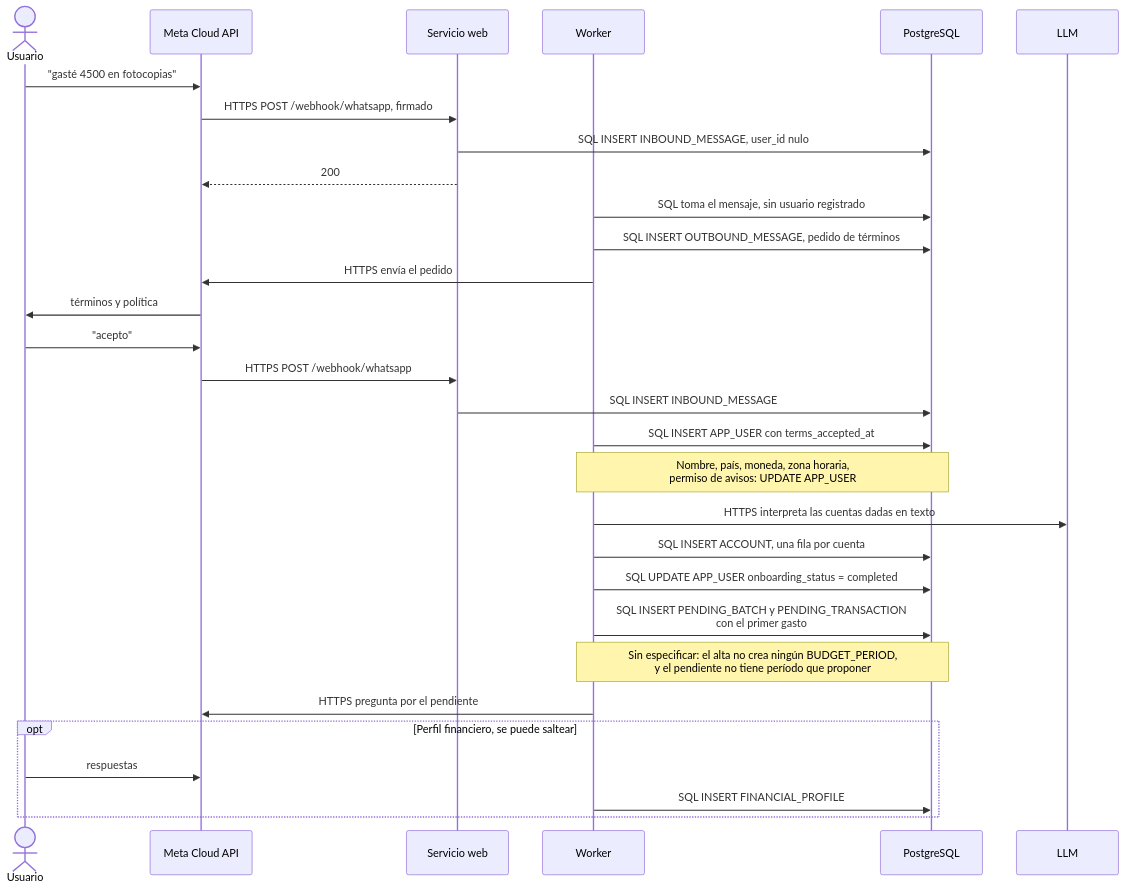
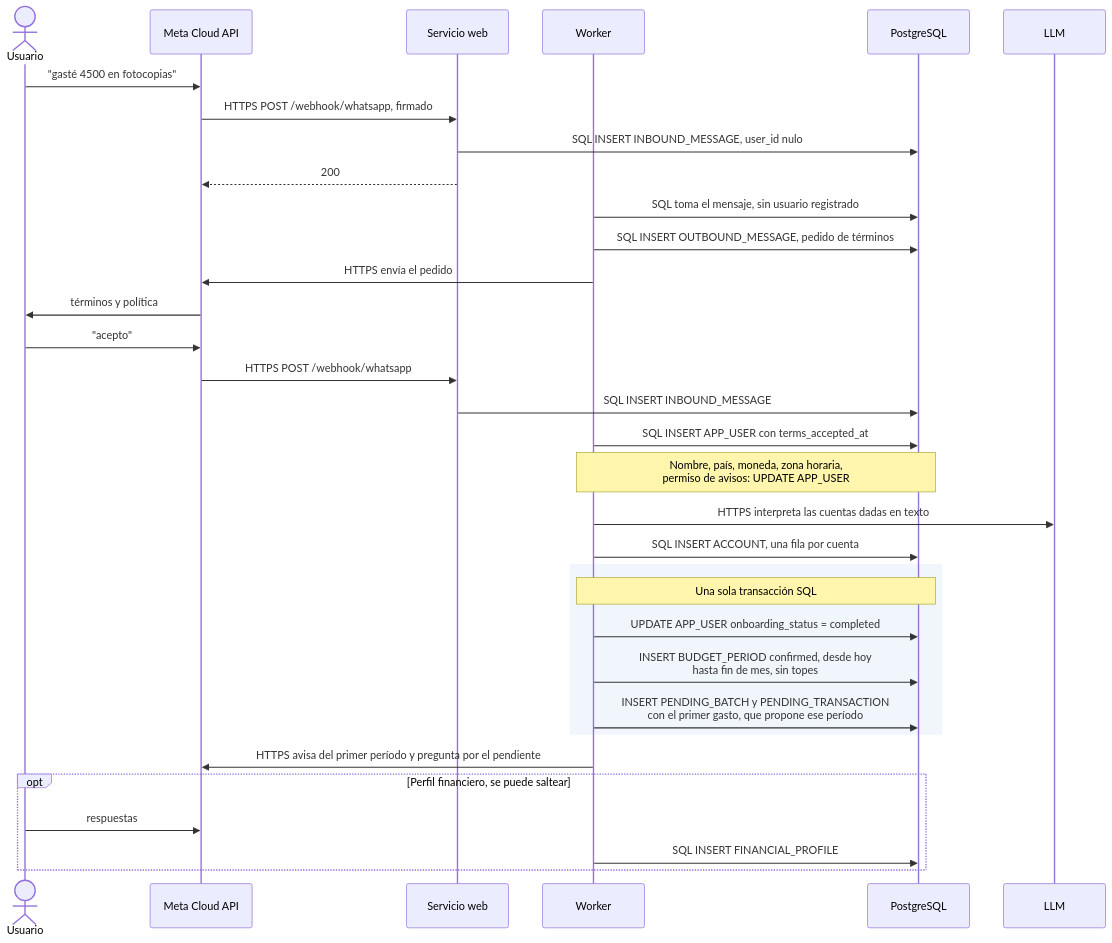
One commit to verozacarias-prog/AI4Devs-finalproject changed the second of 9 diagrams in docs/recorrido-completo.md. Above: the diagram before and after it, drawn with Mermaid. The commit also changed other lines of this file and 5 other files, not shown here.

First line of the commit message:
docs: crear el primer período en el alta y definir el canal de los presupuestos

````diff
--- a/docs/recorrido-completo.md
+++ b/docs/recorrido-completo.md
@@ -92,33 +92,36 @@
 ```mermaid
 sequenceDiagram
     actor U as Usuario
     participant M as Meta Cloud API
     participant API as Servicio web
     participant W as Worker
     participant DB as PostgreSQL
     participant L as LLM
 
     U->>M: "gasté 4500 en fotocopias"
     M->>API: HTTPS POST /webhook/whatsapp, firmado
     API->>DB: SQL INSERT INBOUND_MESSAGE, user_id nulo
     API-->>M: 200
     W->>DB: SQL toma el mensaje, sin usuario registrado
     W->>DB: SQL INSERT OUTBOUND_MESSAGE, pedido de términos
     W->>M: HTTPS envía el pedido
     M->>U: términos y política
     U->>M: "acepto"
     M->>API: HTTPS POST /webhook/whatsapp
     API->>DB: SQL INSERT INBOUND_MESSAGE
     W->>DB: SQL INSERT APP_USER con terms_accepted_at
     Note over W,DB: Nombre, país, moneda, zona horaria,<br/>permiso de avisos: UPDATE APP_USER
     W->>L: HTTPS interpreta las cuentas dadas en texto
     W->>DB: SQL INSERT ACCOUNT, una fila por cuenta
-    W->>DB: SQL UPDATE APP_USER onboarding_status = completed
-    W->>DB: SQL INSERT PENDING_BATCH y PENDING_TRANSACTION<br/>con el primer gasto
-    Note over W,DB: Sin especificar: el alta no crea ningún BUDGET_PERIOD,<br/>y el pendiente no tiene período que proponer
-    W->>M: HTTPS pregunta por el pendiente
+    rect rgb(240, 246, 252)
+        Note over W,DB: Una sola transacción SQL
+        W->>DB: UPDATE APP_USER onboarding_status = completed
+        W->>DB: INSERT BUDGET_PERIOD confirmed, desde hoy<br/>hasta fin de mes, sin topes
+        W->>DB: INSERT PENDING_BATCH y PENDING_TRANSACTION<br/>con el primer gasto, que propone ese período
+    end
+    W->>M: HTTPS avisa del primer período y pregunta por el pendiente
     opt Perfil financiero, se puede saltear
         U->>M: respuestas
         W->>DB: SQL INSERT FINANCIAL_PROFILE
     end
 ```
````
